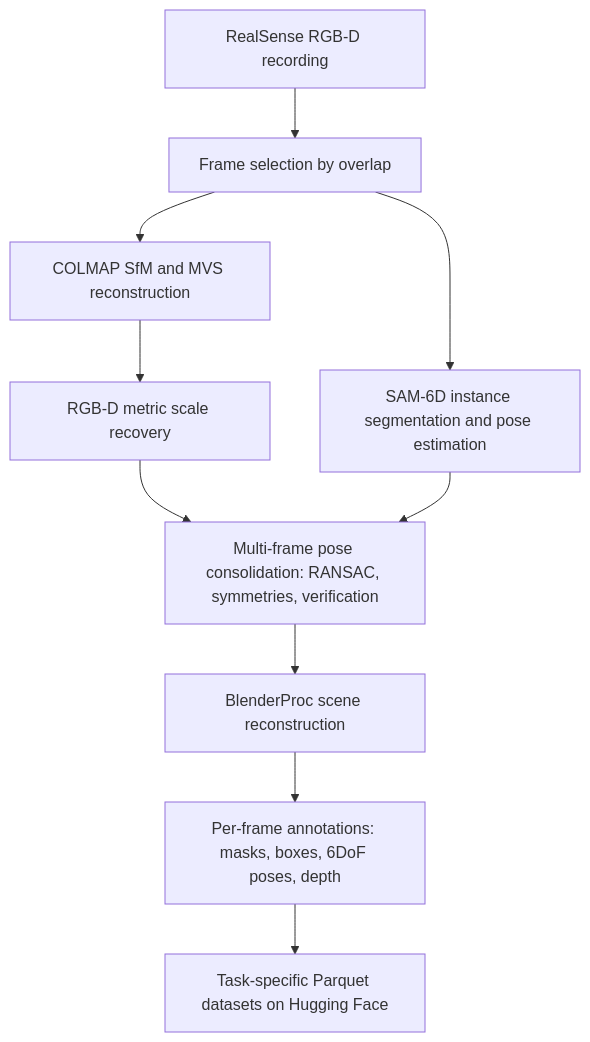
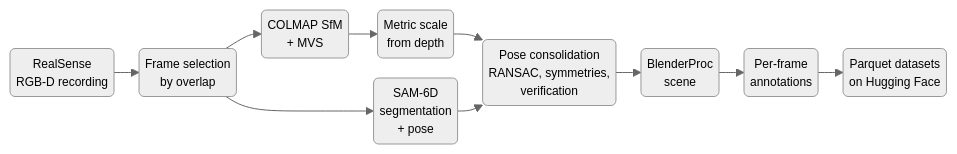
Before and after one commit to ABC-iRobotics/Label_Factory: the diagram in README.md, drawn with Mermaid.

Commit message:
Make the workflow diagram horizontal with smaller labels

````diff
--- a/README.md
+++ b/README.md
@@ -68,12 +68,13 @@
 ```mermaid
-flowchart TD
-    A[RealSense RGB-D recording] --> B[Frame selection by overlap]
-    B --> C[COLMAP SfM and MVS reconstruction]
-    C --> D[RGB-D metric scale recovery]
-    B --> E[SAM-6D instance segmentation and pose estimation]
-    D --> F[Multi-frame pose consolidation: RANSAC, symmetries, verification]
+%%{init: {"theme": "neutral", "themeVariables": {"fontSize": "12px"}, "flowchart": {"nodeSpacing": 20, "rankSpacing": 25, "padding": 6}}}%%
+flowchart LR
+    A("RealSense<br/>RGB-D recording") --> B("Frame selection<br/>by overlap")
+    B --> C("COLMAP SfM<br/>+ MVS")
+    C --> D("Metric scale<br/>from depth")
+    B --> E("SAM-6D<br/>segmentation<br/>+ pose")
+    D --> F("Pose consolidation<br/>RANSAC, symmetries,<br/>verification")
     E --> F
-    F --> G[BlenderProc scene reconstruction]
-    G --> H[Per-frame annotations: masks, boxes, 6DoF poses, depth]
-    H --> I[Task-specific Parquet datasets on Hugging Face]
+    F --> G("BlenderProc<br/>scene")
+    G --> H("Per-frame<br/>annotations")
+    H --> I("Parquet datasets<br/>on Hugging Face")
 ```
````
